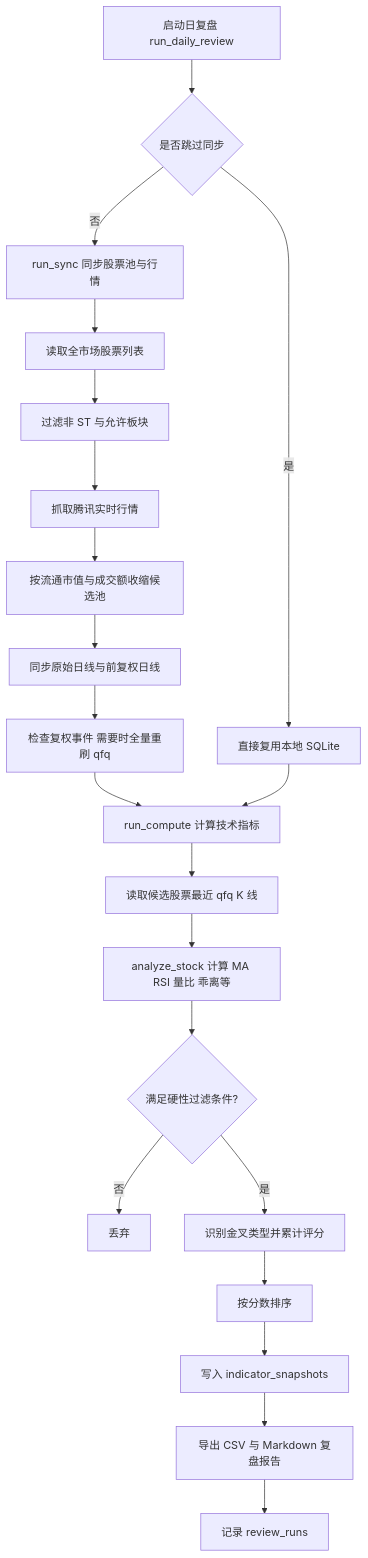
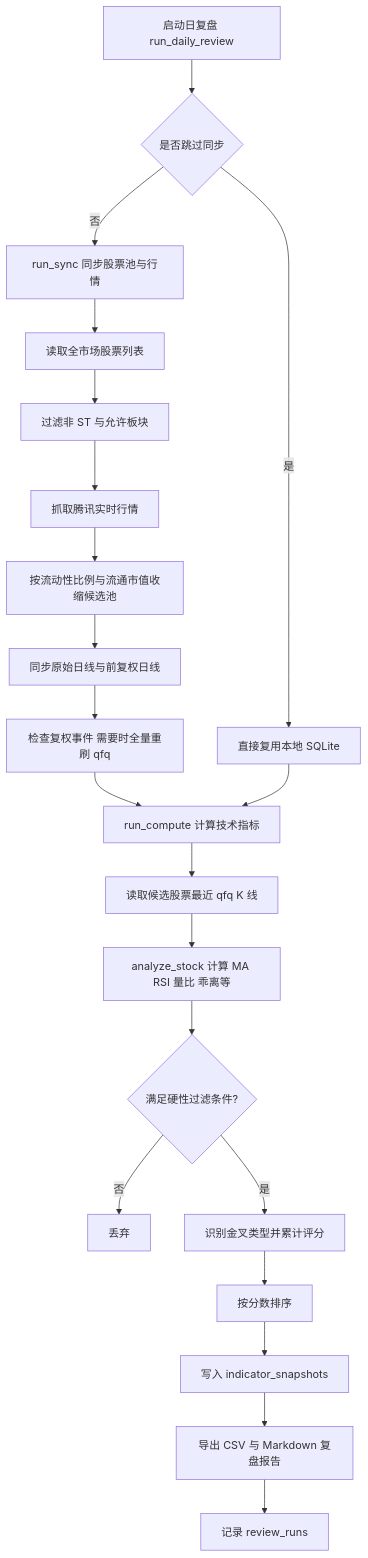
Before and after one commit to NewZsh/financeKG_spider: the first of 2 diagrams in stock/doc/选股策略.md, drawn with Mermaid. The commit also changed other lines of this file and 6 other files, not shown here.

````diff
--- a/stock/doc/选股策略.md
+++ b/stock/doc/选股策略.md
@@ -165,23 +254,23 @@
 ```mermaid
 flowchart TD
     A[启动日复盘 run_daily_review] --> B{是否跳过同步}
     B -- 否 --> C[run_sync 同步股票池与行情]
     B -- 是 --> D[直接复用本地 SQLite]
     C --> E[读取全市场股票列表]
     E --> F[过滤非 ST 与允许板块]
     F --> G[抓取腾讯实时行情]
-    G --> H[按流通市值与成交额收缩候选池]
+    G --> H[按流动性比例与流通市值收缩候选池]
     H --> I[同步原始日线与前复权日线]
     I --> J[检查复权事件 需要时全量重刷 qfq]
     J --> K[run_compute 计算技术指标]
     D --> K
     K --> L[读取候选股票最近 qfq K 线]
     L --> M[analyze_stock 计算 MA RSI 量比 乖离等]
     M --> N{满足硬性过滤条件?}
     N -- 否 --> O[丢弃]
     N -- 是 --> P[识别金叉类型并累计评分]
     P --> Q[按分数排序]
     Q --> R[写入 indicator_snapshots]
     R --> S[导出 CSV 与 Markdown 复盘报告]
     S --> T[记录 review_runs]
 ```
````
